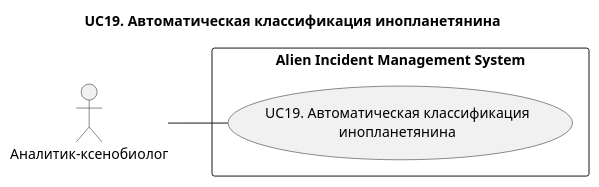
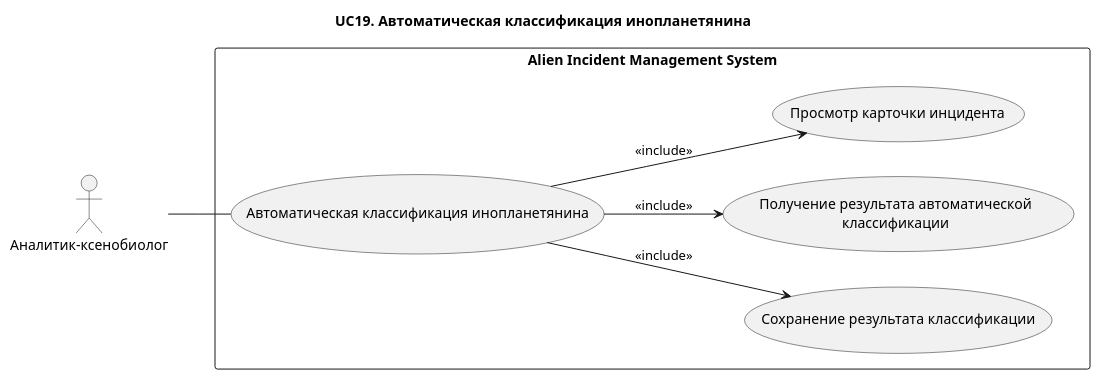
One commit to Andryss/AIMS changed the diagram in docs/use-case/UC19.md. Above: the diagram before and after it, drawn with PlantUML. The commit also changed other lines of this file and 23 other files, not shown here.

Commit message:
docs: refine use-case diagrams and centralize rendering commands

````diff
--- a/docs/use-case/UC19.md
+++ b/docs/use-case/UC19.md
@@ -3,15 +5,25 @@
 ```plantuml
 @startuml
 title UC19. Автоматическая классификация инопланетянина
 left to right direction
 
 actor "Аналитик-ксенобиолог" as Analyst
 
 rectangle "Alien Incident Management System" {
-  usecase "UC19. Автоматическая классификация\nинопланетянина" as UC19
+
+(Автоматическая классификация инопланетянина) as UC11
+
+(Сохранение результата классификации) as UC116
+(Получение результата автоматической\nклассификации) as UC115
+(Просмотр карточки инцидента) as UC111
+
 }
 
-Analyst -- UC19
+Analyst -- UC11
+
+UC11 --> UC111 : <<include>>
+UC11 --> UC115 : <<include>>
+UC11 --> UC116 : <<include>>
 
 @enduml
 ```
````
